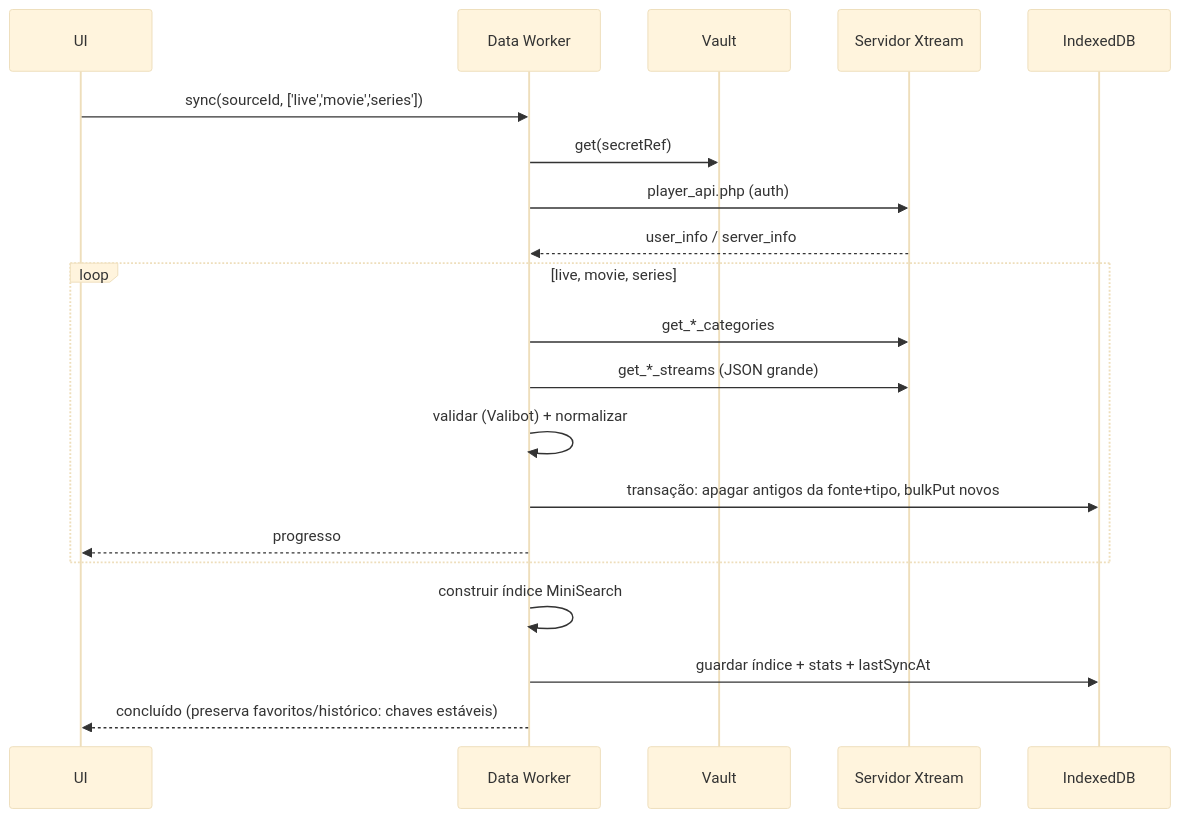
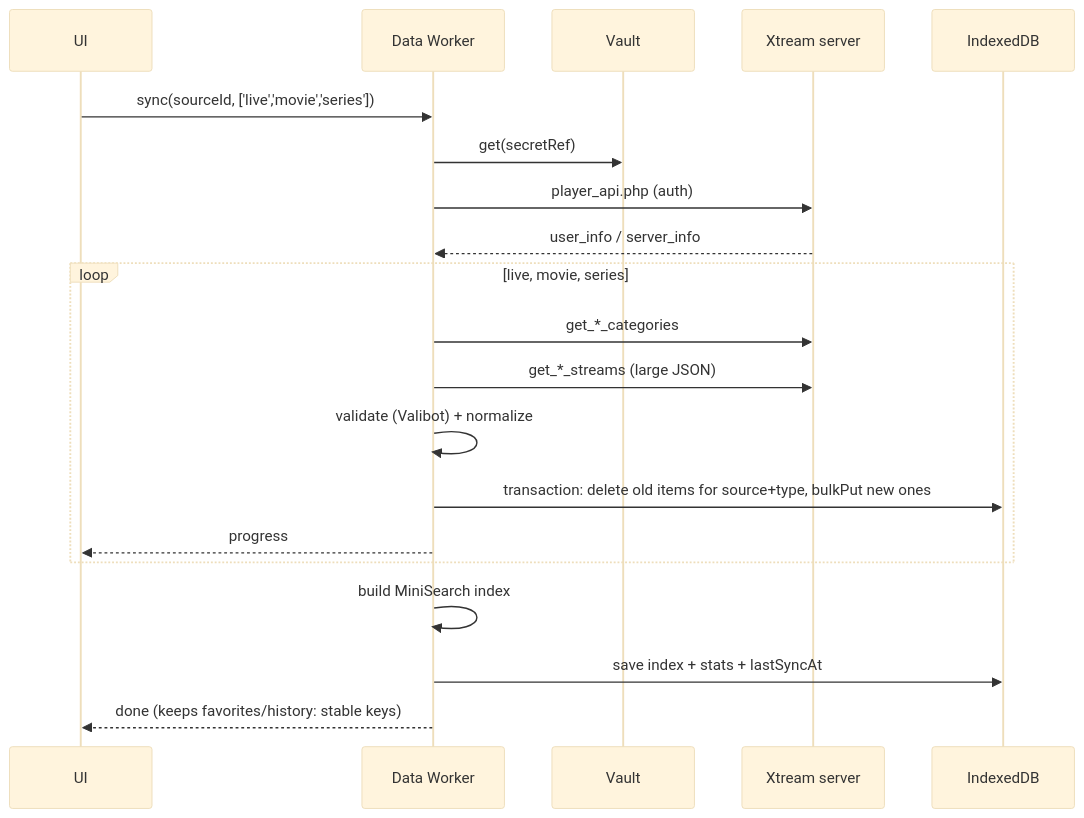
The second of 3 diagrams in docs/ARCHITECTURE.md (mariopires9/simple_iptv), drawn with Mermaid (base theme) before and after one commit. The commit also changed other lines of this file and 4 other files, not shown here.

Commit message:
docs: translate research, architecture, decisions, product spec and UX docs to English

````diff
--- a/docs/ARCHITECTURE.md
+++ b/docs/ARCHITECTURE.md
@@ -192,22 +192,22 @@
 ```mermaid
 sequenceDiagram
   participant UI
   participant W as Data Worker
   participant V as Vault
-  participant X as Servidor Xtream
+  participant X as Xtream server
   participant DB as IndexedDB
   UI->>W: sync(sourceId, ['live','movie','series'])
   W->>V: get(secretRef)
   W->>X: player_api.php (auth)
   X-->>W: user_info / server_info
   loop live, movie, series
     W->>X: get_*_categories
-    W->>X: get_*_streams (JSON grande)
-    W->>W: validar (Valibot) + normalizar
-    W->>DB: transação: apagar antigos da fonte+tipo, bulkPut novos
-    W-->>UI: progresso
+    W->>X: get_*_streams (large JSON)
+    W->>W: validate (Valibot) + normalize
+    W->>DB: transaction: delete old items for source+type, bulkPut new ones
+    W-->>UI: progress
   end
-  W->>W: construir índice MiniSearch
-  W->>DB: guardar índice + stats + lastSyncAt
-  W-->>UI: concluído (preserva favoritos/histórico: chaves estáveis)
+  W->>W: build MiniSearch index
+  W->>DB: save index + stats + lastSyncAt
+  W-->>UI: done (keeps favorites/history: stable keys)
 ```
````
